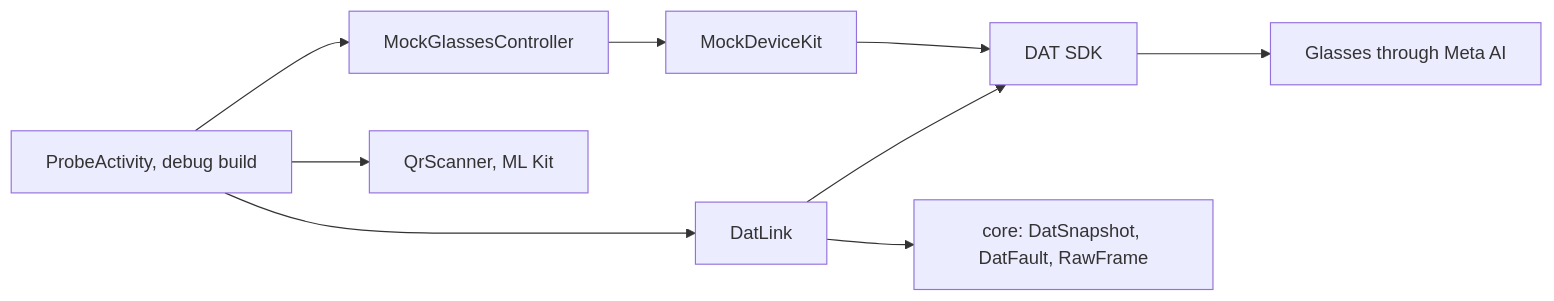
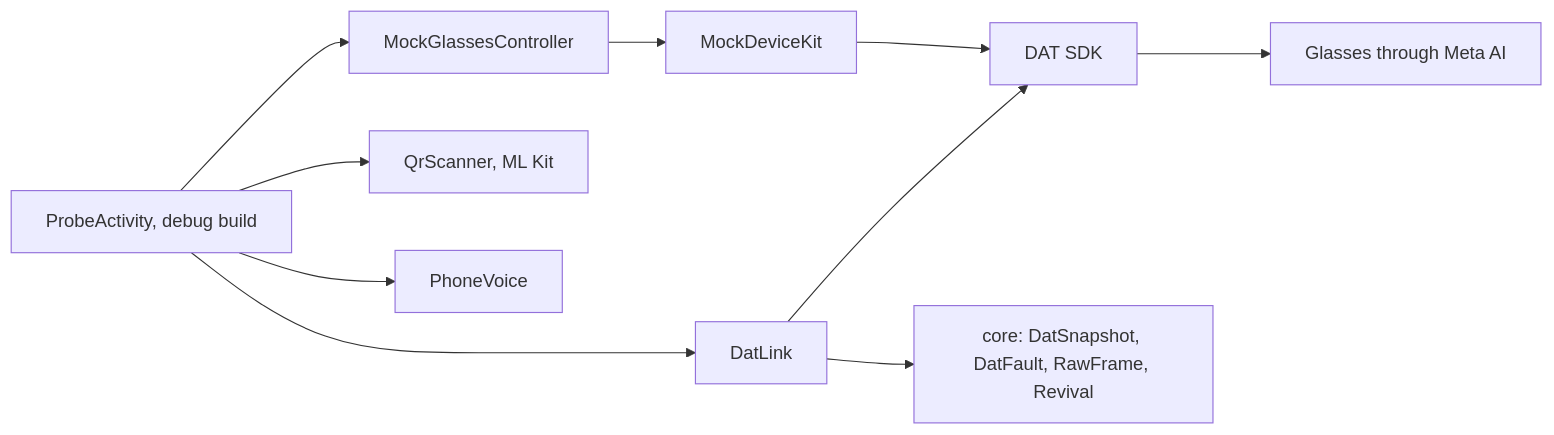
The diagram in apps/mobile/android/README.md (mrBymax/glance), drawn with Mermaid before and after one commit. The commit also changed other lines of this file and 11 other files, not shown here.

````diff
--- a/apps/mobile/android/README.md
+++ b/apps/mobile/android/README.md
@@ -12,11 +12,12 @@
 ```mermaid
 flowchart LR
     Probe[ProbeActivity, debug build] --> Link[DatLink]
     Probe --> Mock[MockGlassesController]
     Probe --> Qr[QrScanner, ML Kit]
+    Probe --> Voice[PhoneVoice]
     Link --> Sdk[DAT SDK]
     Mock --> Kit[MockDeviceKit]
     Kit --> Sdk
     Sdk --> Glasses[Glasses through Meta AI]
-    Link --> Core[core: DatSnapshot, DatFault, RawFrame]
+    Link --> Core[core: DatSnapshot, DatFault, RawFrame, Revival]
 ```
````
